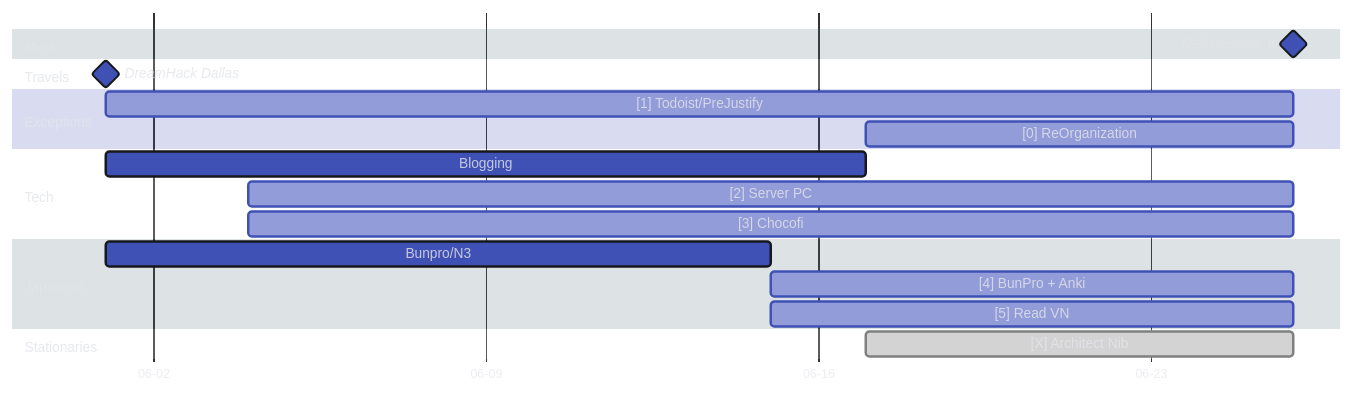
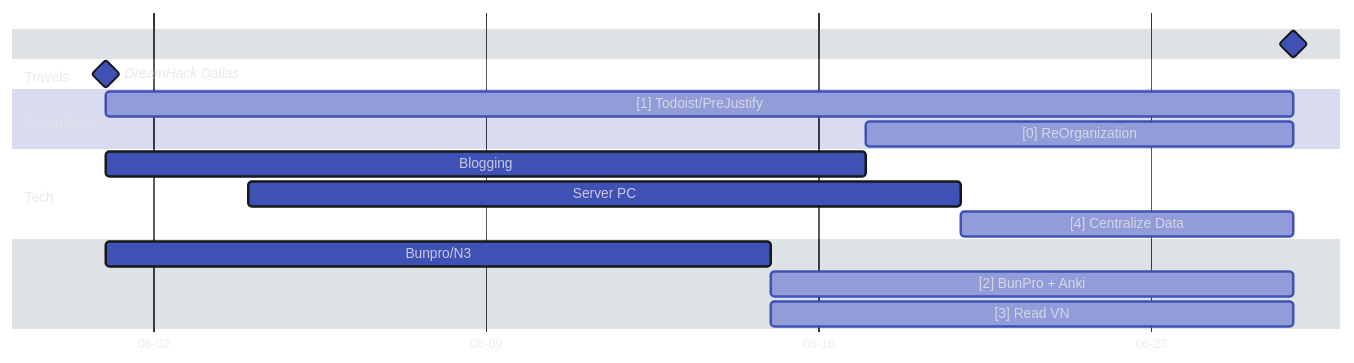
The first of 2 diagrams in docs/index.md (Serralq/Project-Norn), drawn with Mermaid before and after one commit. The commit also changed other lines of this file, not shown here.

````diff
--- a/docs/index.md
+++ b/docs/index.md
@@ -48,46 +48,44 @@
     ``` mermaid
     %%{
       init: {
         'theme': 'base',
         'themeVariables': {
           'darkMode': 'true',
           'fontFamily': 'hermit',
           'primaryColor': '#4051b5',
           'primaryBorderColor': '#16181D',
           'tertiaryColor': '#546d78',
           'tertiaryTextColor': '#E2E4E9D1',
           'textColor': '#E2E4E9D1',
           'noteTextColor': '#E2E4E9D1'
         }
       }
     }%%
     gantt
       dateFormat YY-MM-DD
       axisFormat %m-%d
       tickInterval 1week
       todayMarker stroke-width:3px,stroke:#E2E4E9,opacity:0.5
       
       section Meta
         ReAssessment              :milestone,  m1, 24-06-26, 0d
 
       section Travels
         DreamHack Dallas          :milestone,  v1, 24-06-01, 0d
           
       section Exceptions
         [1] Todoist/PreJustify        :active,     m2, 24-06-01, until m1
         [0] ReOrganization            :active,     m3, 24-06-17, until m1
     
       section Tech
         Blogging                  :            t1, 24-06-01, 24-06-17
-        [2] Server PC                 :active,     t2, 24-06-04, until m1
-        [3] Chocofi                   :active,     t3, 24-06-04, until m1
+        Server PC                 :            t2, 24-06-04, 24-06-19
+        [4] Centralize Data           :active,     t3, 24-06-19, until m1 
     
       section Japanese
         Bunpro/N3                 :            j1, 24-06-01, 24-06-15
-        [4] BunPro + Anki             :active,     j2, after j1, until m1
-        [5] Read VN                   :active,     j3, after j1, until m1
+        [2] BunPro + Anki             :active,     j2, after j1, until m1
+        [3] Read VN                   :active,     j3, after j1, until m1
       
       section Stationaries
-        %% Active
-        [X] Architect Nib             :done,       s1, 24-06-17, until m1
     ```
````
